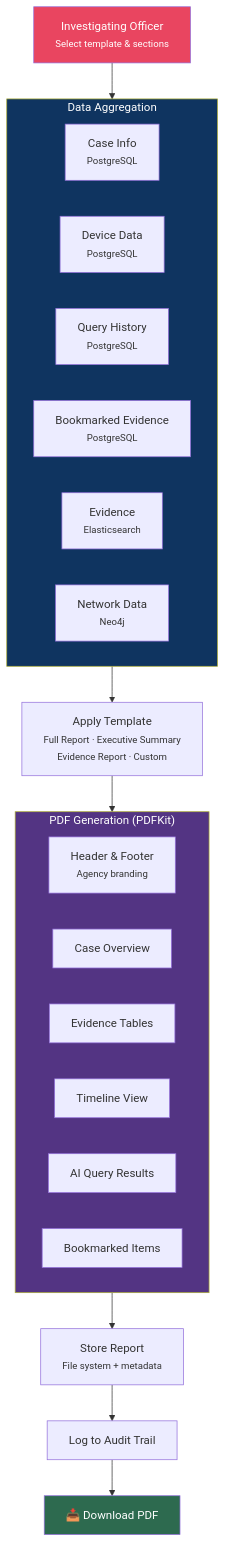
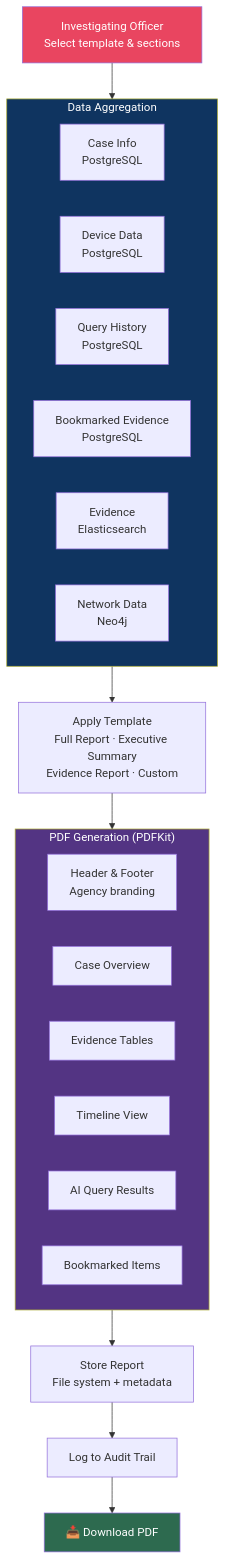
Before and after one commit to beingbrijesh/CopSight: the seventh of 7 diagrams in DATA-FLOW-DIAGRAM.md, drawn with Mermaid. The commit also changed other lines of this file and 4 other files, not shown here.

Commit message:
docs: Fix Mermaid diagram text cropping and add professional Contributors section

````diff
--- a/DATA-FLOW-DIAGRAM.md
+++ b/DATA-FLOW-DIAGRAM.md
@@ -339,36 +339,36 @@
 ```mermaid
 flowchart TD
-    IO["Investigating Officer<br/><small>Select template & sections</small>"]
+    IO["Investigating Officer<br/>Select template & sections"]
 
     subgraph Gather["Data Aggregation"]
         direction LR
-        CaseInfo["Case Info<br/><small>PostgreSQL</small>"]
-        DeviceInfo["Device Data<br/><small>PostgreSQL</small>"]
-        Queries["Query History<br/><small>PostgreSQL</small>"]
-        Bookmarks["Bookmarked Evidence<br/><small>PostgreSQL</small>"]
-        Evidence["Evidence<br/><small>Elasticsearch</small>"]
-        Network["Network Data<br/><small>Neo4j</small>"]
+        CaseInfo["Case Info<br/>PostgreSQL"]
+        DeviceInfo["Device Data<br/>PostgreSQL"]
+        Queries["Query History<br/>PostgreSQL"]
+        Bookmarks["Bookmarked Evidence<br/>PostgreSQL"]
+        Evidence["Evidence<br/>Elasticsearch"]
+        Network["Network Data<br/>Neo4j"]
     end
 
-    Template["Apply Template<br/><small>Full Report · Executive Summary<br/>Evidence Report · Custom</small>"]
+    Template["Apply Template<br/>Full Report · Executive Summary<br/>Evidence Report · Custom"]
 
     subgraph Generate["PDF Generation (PDFKit)"]
-        Header["Header & Footer<br/><small>Agency branding</small>"]
+        Header["Header & Footer<br/>Agency branding"]
         CaseSection["Case Overview"]
         EvidenceSection["Evidence Tables"]
         TimelineSection["Timeline View"]
         QuerySection["AI Query Results"]
         BookmarkSection["Bookmarked Items"]
     end
 
-    Store["Store Report<br/><small>File system + metadata</small>"]
+    Store["Store Report<br/>File system + metadata"]
     Audit["Log to Audit Trail"]
     Download["📥 Download PDF"]
 
     IO --> Gather --> Template --> Generate --> Store --> Audit --> Download
 
     style IO fill:#e94560,color:#fff
     style Gather fill:#0f3460,color:#fff
     style Generate fill:#533483,color:#fff
     style Download fill:#2d6a4f,color:#fff
 ```
````
